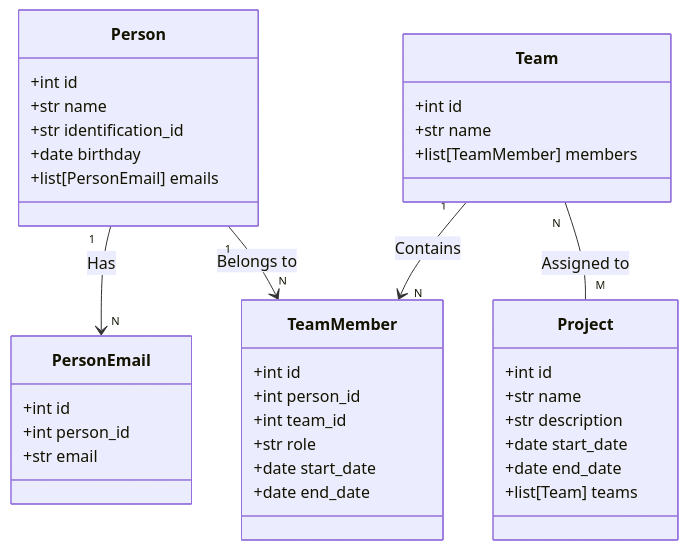
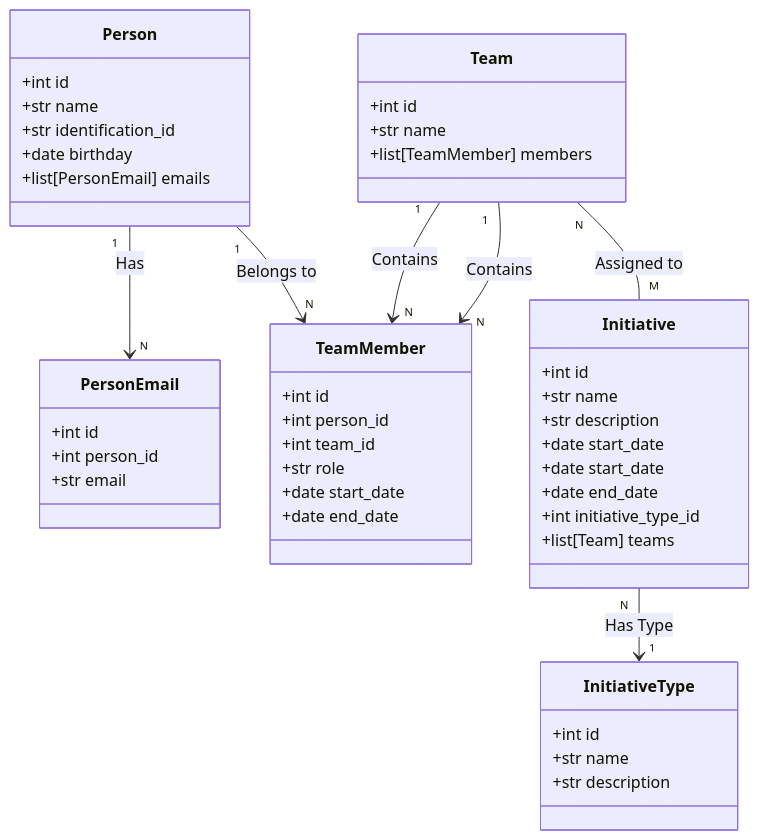
One commit to The-Band-Solution/eo_lib changed the first of 4 diagrams in docs/sdd.md. Above: the diagram before and after it, drawn with Mermaid. The commit also changed other lines of this file and 38 other files, not shown here.

Commit message:
feat: refactor Project to Initiative and apply Agile standards

````diff
--- a/docs/sdd.md
+++ b/docs/sdd.md
@@ -83,47 +91,57 @@
 ```mermaid
 classDiagram
     %% Entities
     class Person {
         +int id
         +str name
         +str identification_id
         +date birthday
         +list[PersonEmail] emails
     }
 
     class PersonEmail {
         +int id
         +int person_id
         +str email
     }
 
     class Team {
         +int id
         +str name
         +list[TeamMember] members
     }
 
     class TeamMember {
         +int id
         +int person_id
         +int team_id
         +str role
         +date start_date
         +date end_date
     }
     
-    class Project {
+    class InitiativeType {
+        +int id
+        +str name
+        +str description
+    }
+
+    class Initiative {
         +int id
         +str name
         +str description
         +date start_date
+        +date start_date
         +date end_date
+        +int initiative_type_id
         +list[Team] teams
     }
 
     %% Relationships
     Person "1" --> "N" PersonEmail : Has
     Person "1" --> "N" TeamMember : Belongs to
     Team "1" --> "N" TeamMember : Contains
-    Team "N" -- "M" Project : Assigned to
+    Team "1" --> "N" TeamMember : Contains
+    Team "N" -- "M" Initiative : Assigned to
+    Initiative "N" --> "1" InitiativeType : Has Type
 ```
````
